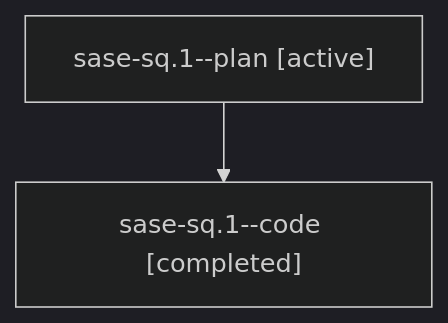
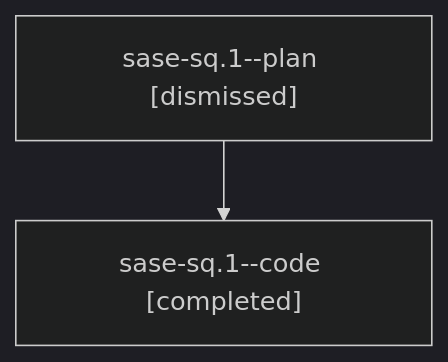
Before and after one commit to sase-org/sase--agents: the diagram in sessions/bbugyi200.athena.sase-sq.1.md, drawn with Mermaid (dark theme). The commit also changed other lines of this file and 189 other files, not shown here.

````diff
--- a/sessions/bbugyi200.athena.sase-sq.1.md
+++ b/sessions/bbugyi200.athena.sase-sq.1.md
@@ -9,6 +9,6 @@
 ```mermaid
 flowchart TD
-  n0["sase-sq.1--plan [active]"]
+  n0["sase-sq.1--plan [dismissed]"]
   n1["sase-sq.1--code [completed]"]
   n0 --> n1
 ```
````
